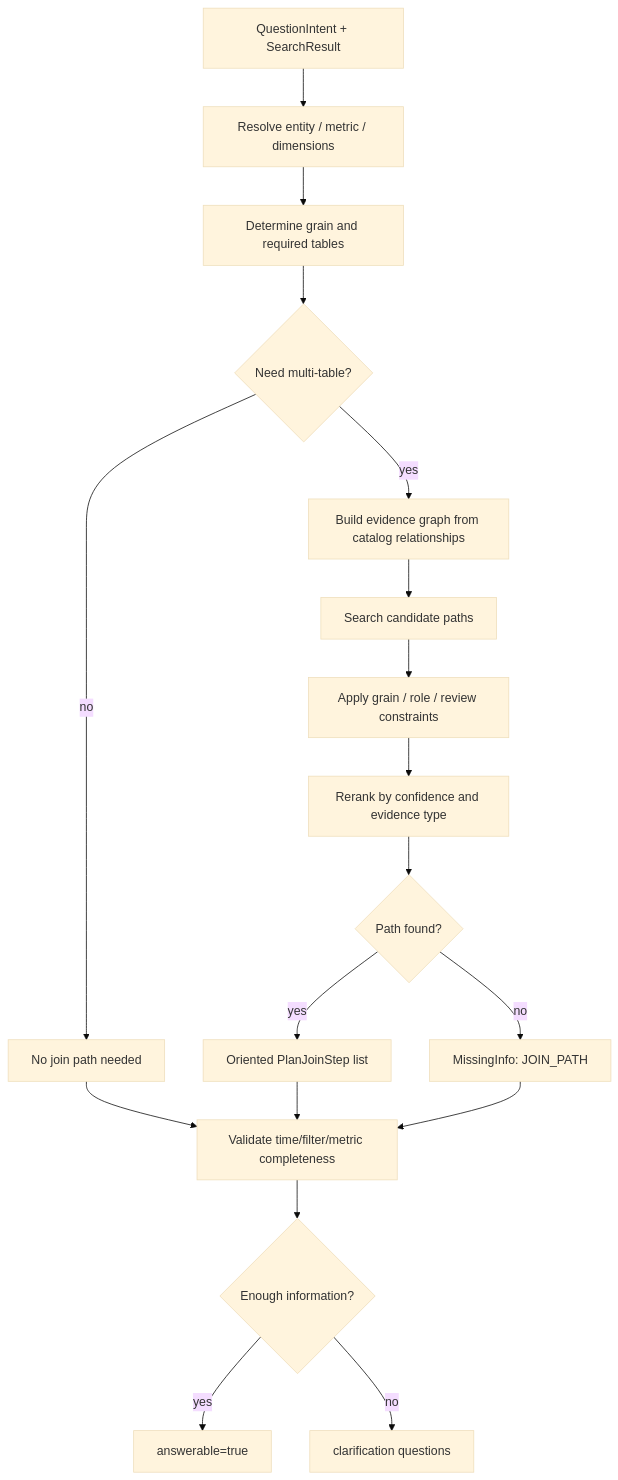
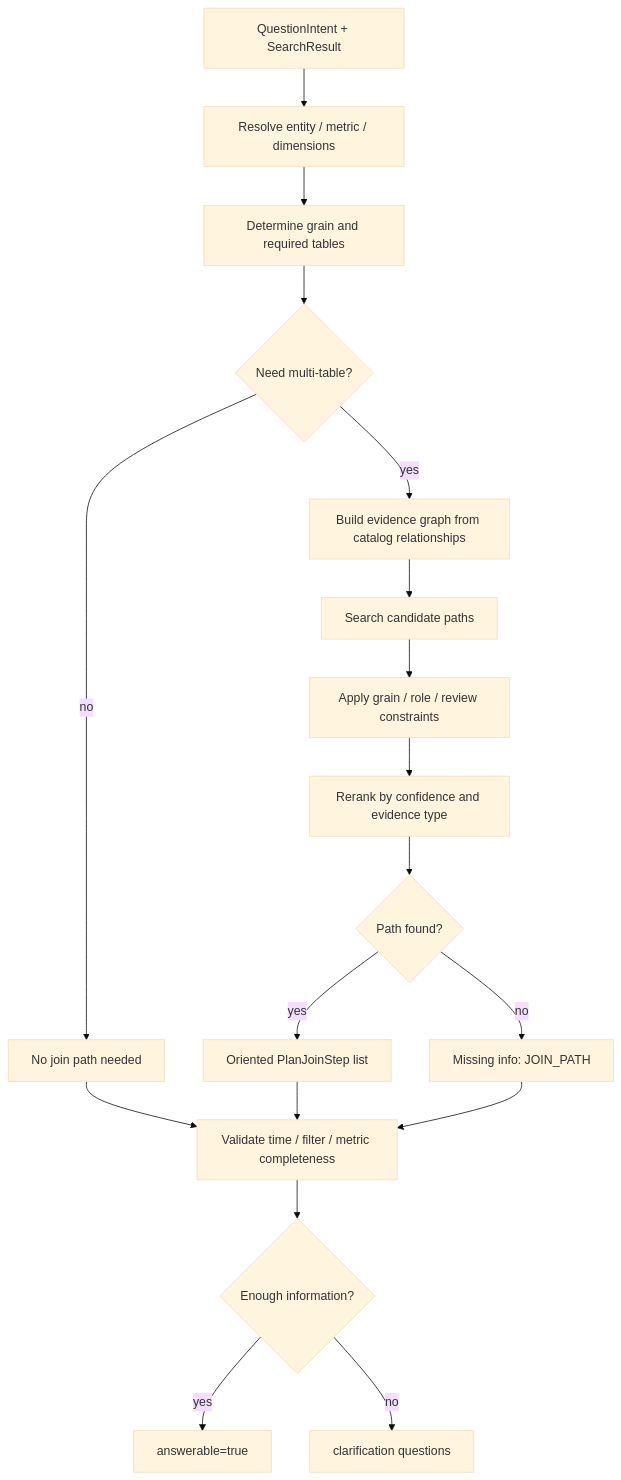
Before and after one commit to xiaoguang/relation-detector: the second of 2 diagrams in docs/design/semantic-layer/09-query-planner.md, drawn with Mermaid (base theme). The commit also changed other lines of this file and 14 other files, not shown here.

````diff
--- a/docs/design/semantic-layer/09-query-planner.md
+++ b/docs/design/semantic-layer/09-query-planner.md
@@ -45,20 +74,20 @@
 ```mermaid
 flowchart TD
   A["QuestionIntent + SearchResult"] --> B["Resolve entity / metric / dimensions"]
   B --> C["Determine grain and required tables"]
   C --> D{"Need multi-table?"}
   D -- "no" --> E["No join path needed"]
   D -- "yes" --> F["Build evidence graph from catalog relationships"]
   F --> G["Search candidate paths"]
   G --> H["Apply grain / role / review constraints"]
   H --> I["Rerank by confidence and evidence type"]
   I --> J{"Path found?"}
-  J -- "no" --> K["MissingInfo: JOIN_PATH"]
+  J -- "no" --> K["Missing info: JOIN_PATH"]
   J -- "yes" --> L["Oriented PlanJoinStep list"]
-  E --> M["Validate time/filter/metric completeness"]
+  E --> M["Validate time / filter / metric completeness"]
   L --> M
   K --> M
   M --> N{"Enough information?"}
   N -- "yes" --> O["answerable=true"]
   N -- "no" --> P["clarification questions"]
 ```
````
